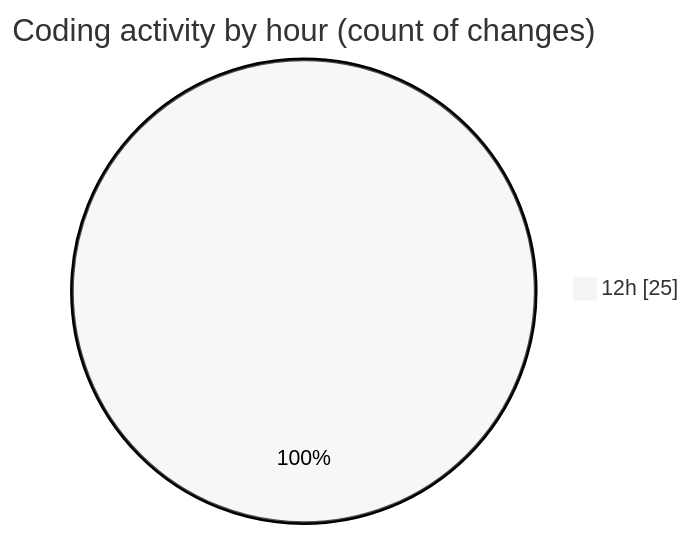
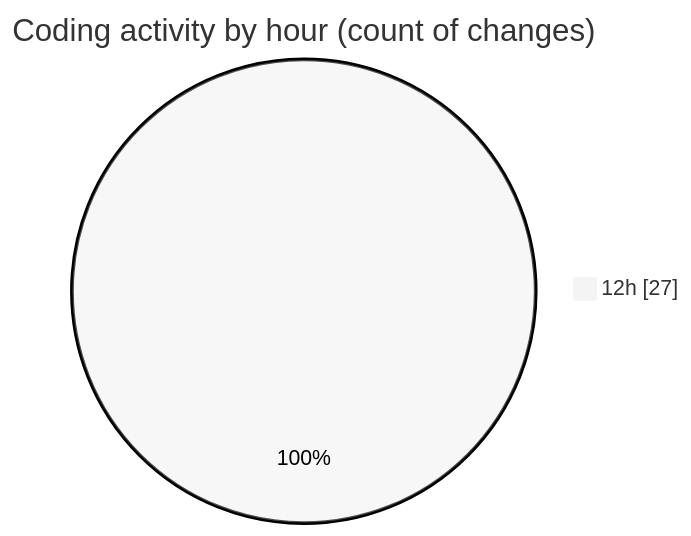
Before and after one commit to lephambinh05/code-tracking: the second of 2 diagrams in 2025-07-19/eduwallet-main/README.md, drawn with Mermaid (neutral theme). The commit also changed other lines of this file and 1 other file, not shown here.

````diff
--- a/2025-07-19/eduwallet-main/README.md
+++ b/2025-07-19/eduwallet-main/README.md
@@ -41,5 +42,5 @@
 ```mermaid
 pie showData
 title Coding activity by hour (count of changes)
-"12h" : 25
+"12h" : 27
 ```
````
